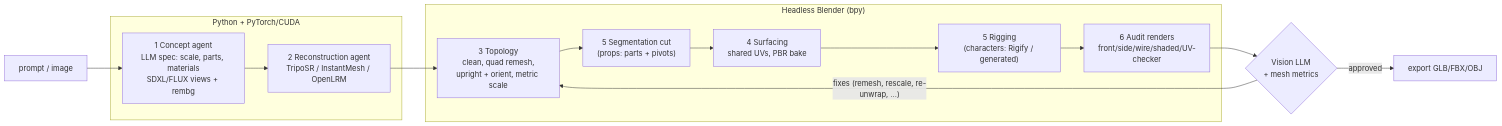
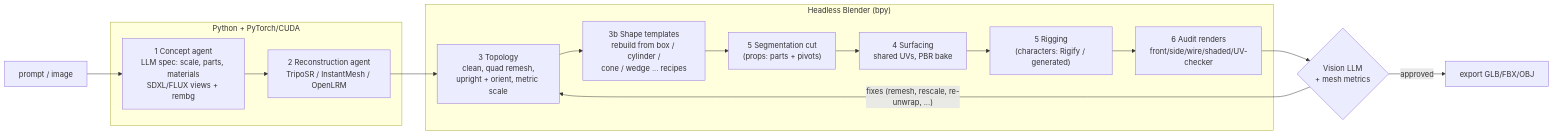
One commit to aisignupx-collab/3D changed the diagram in README.md. Above: the diagram before and after it, drawn with Mermaid. The commit also changed other lines of this file and 11 other files, not shown here.

First line of the commit message:
Add primitive shape templates (Stage 3b)

````diff
--- a/README.md
+++ b/README.md
@@ -19,17 +19,18 @@
 ```mermaid
 flowchart LR
     P[prompt / image] --> S1
     subgraph GPU["Python + PyTorch/CUDA"]
       S1["1 Concept agent<br/>LLM spec: scale, parts, materials<br/>SDXL/FLUX views + rembg"] --> S2["2 Reconstruction agent<br/>TripoSR / InstantMesh / OpenLRM"]
     end
     subgraph BL["Headless Blender (bpy)"]
-      S3["3 Topology<br/>clean, quad remesh,<br/>upright + orient, metric scale"] --> S5a["5 Segmentation cut<br/>(props: parts + pivots)"]
+      S3["3 Topology<br/>clean, quad remesh,<br/>upright + orient, metric scale"] --> S3b["3b Shape templates<br/>rebuild from box / cylinder /<br/>cone / wedge ... recipes"]
+      S3b --> S5a["5 Segmentation cut<br/>(props: parts + pivots)"]
       S5a --> S4["4 Surfacing<br/>shared UVs, PBR bake"]
       S4 --> S5b["5 Rigging<br/>(characters: Rigify / generated)"]
       S5b --> S6["6 Audit renders<br/>front/side/wire/shaded/UV-checker"]
     end
     S2 --> S3
     S6 --> A{"Vision LLM<br/>+ mesh metrics"}
     A -- "fixes (remesh, rescale, re-unwrap, ...)" --> S3
     A -- approved --> E[export GLB/FBX/OBJ]
 ```
````
